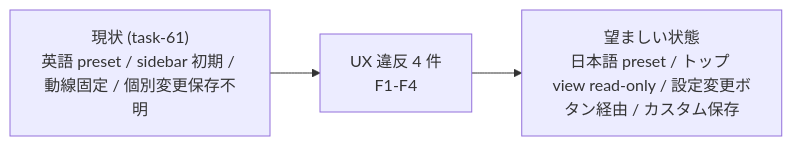
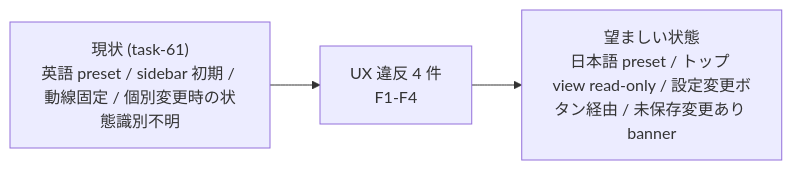
Before and after one commit to thirai-classlab/hirai-method: the first of 2 diagrams in docs/draft/hc-config-web-ui-ux-redesign.md, drawn with Mermaid. The commit also changed other lines of this file, not shown here.

First line of the commit message:
docs(task-63 設計簡素化 D): draft 修正 (§1-§11、案 C + custom 保存全削除)

````diff
--- a/docs/draft/hc-config-web-ui-ux-redesign.md
+++ b/docs/draft/hc-config-web-ui-ux-redesign.md
@@ -47,5 +47,5 @@
 ```mermaid
 flowchart LR
-    A["現状 (task-61)<br/>英語 preset / sidebar 初期 / 動線固定 / 個別変更保存不明"] --> B["UX 違反 4 件<br/>F1-F4"]
-    B --> C["望ましい状態<br/>日本語 preset / トップ view read-only / 設定変更ボタン経由 / カスタム保存"]
+    A["現状 (task-61)<br/>英語 preset / sidebar 初期 / 動線固定 / 個別変更時の状態識別不明"] --> B["UX 違反 4 件<br/>F1-F4"]
+    B --> C["望ましい状態<br/>日本語 preset / トップ view read-only / 設定変更ボタン経由 / 未保存変更あり banner"]
 ```
````
